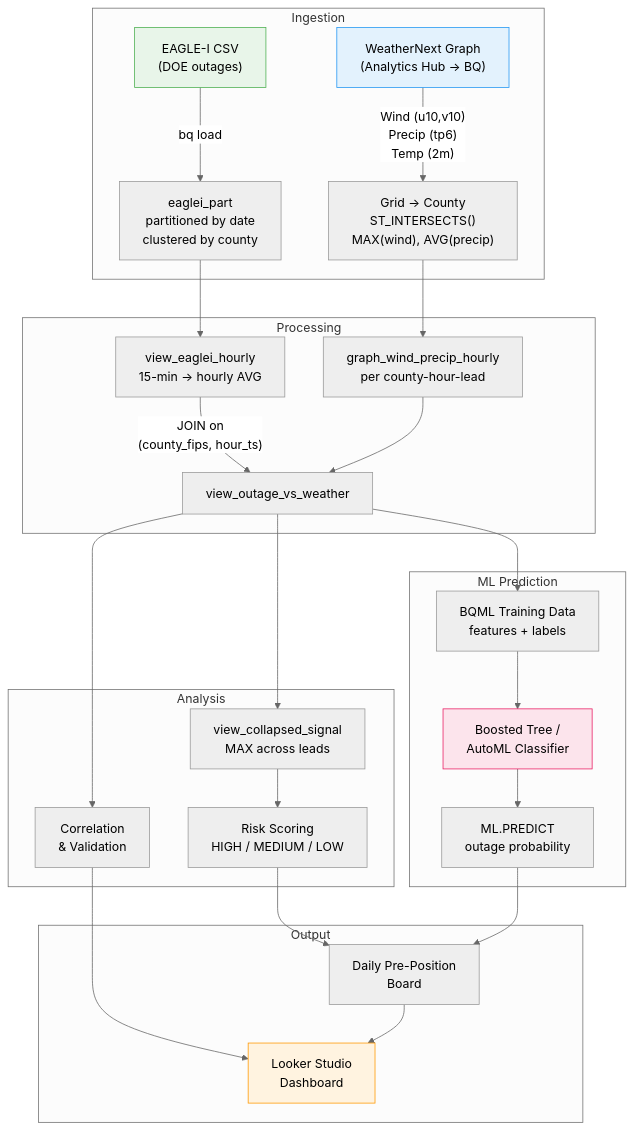
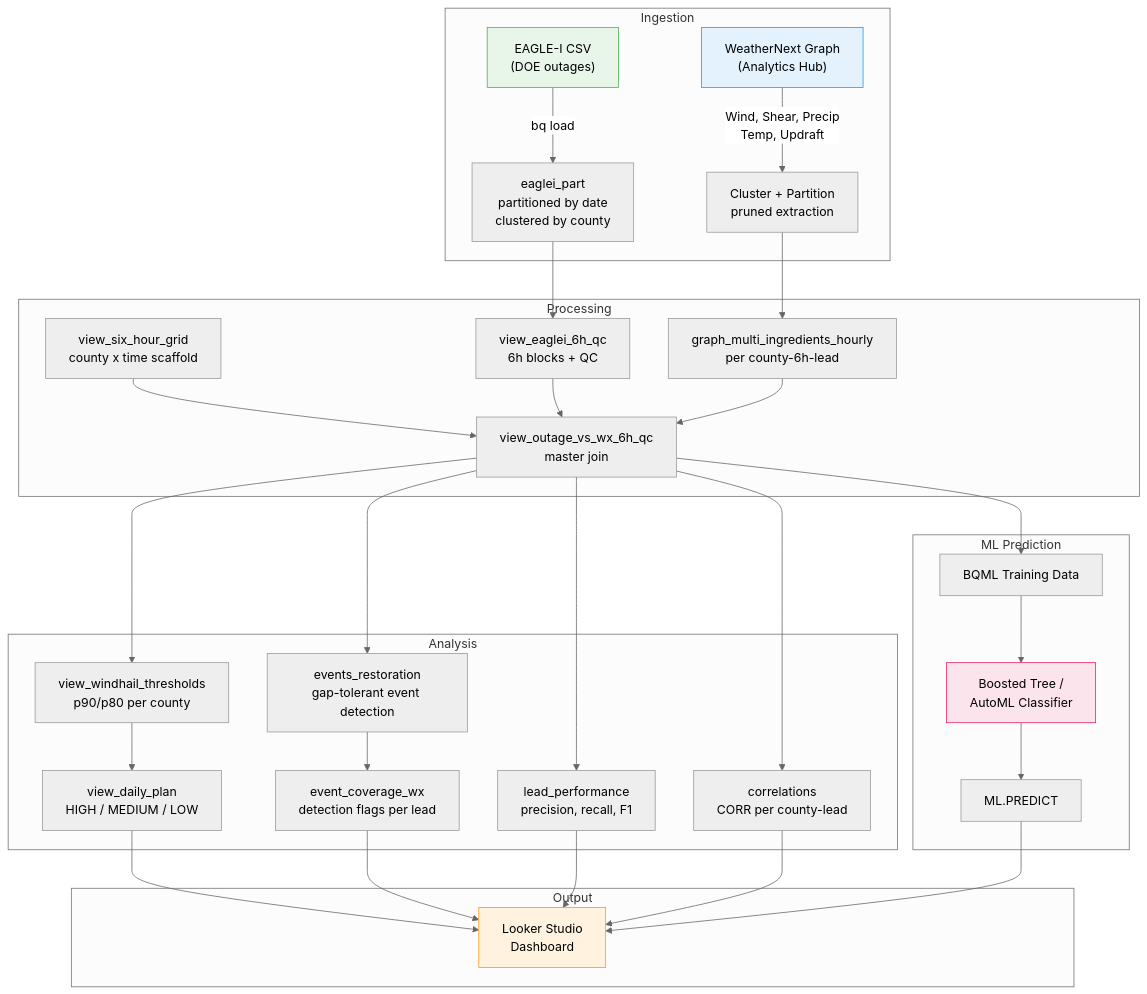
Before and after one commit to biplovbhandari/weathernext-outage-forecasting: the diagram in README.md, drawn with Mermaid (neutral theme). The commit also changed other lines of this file and 22 other files, not shown here.

````diff
--- a/README.md
+++ b/README.md
@@ -24,38 +24,43 @@
 ```mermaid
 graph TD
     subgraph Ingestion
         A["EAGLE-I CSV<br/>(DOE outages)"] -->|bq load| B["eaglei_part<br/>partitioned by date<br/>clustered by county"]
-        C["WeatherNext Graph<br/>(Analytics Hub → BQ)"] -->|"Wind (u10,v10)<br/>Precip (tp6)<br/>Temp (2m)"| D["Grid → County<br/>ST_INTERSECTS()<br/>MAX(wind), AVG(precip)"]
+        C["WeatherNext Graph<br/>(Analytics Hub)"] -->|"Wind, Shear, Precip<br/>Temp, Updraft"| D["Cluster + Partition<br/>pruned extraction"]
     end
 
     subgraph Processing
-        B --> E["view_eaglei_hourly<br/>15-min → hourly AVG"]
-        D --> F["graph_wind_precip_hourly<br/>per county-hour-lead"]
-        E -->|"JOIN on<br/>(county_fips, hour_ts)"| G["view_outage_vs_weather"]
-        F --> G
+        B --> E["view_eaglei_6h_qc<br/>6h blocks + QC"]
+        D --> F["graph_multi_ingredients_hourly<br/>per county-6h-lead"]
+        G["view_six_hour_grid<br/>county x time scaffold"] --> H
+        E --> H["view_outage_vs_wx_6h_qc<br/>master join"]
+        F --> H
     end
 
     subgraph Analysis
-        G --> H["Correlation<br/>& Validation"]
-        G --> I["view_collapsed_signal<br/>MAX across leads"]
-        I --> J["Risk Scoring<br/>HIGH / MEDIUM / LOW"]
+        H --> I["events_restoration<br/>gap-tolerant event detection"]
+        H --> J["view_windhail_thresholds<br/>p90/p80 per county"]
+        I --> K["event_coverage_wx<br/>detection flags per lead"]
+        J --> L["view_daily_plan<br/>HIGH / MEDIUM / LOW"]
+        H --> M["lead_performance<br/>precision, recall, F1"]
+        H --> N["correlations<br/>CORR per county-lead"]
     end
 
     subgraph ML["ML Prediction"]
-        G --> M["BQML Training Data<br/>features + labels"]
-        M --> N["Boosted Tree /<br/>AutoML Classifier"]
-        N --> O["ML.PREDICT<br/>outage probability"]
+        H --> O["BQML Training Data"]
+        O --> P["Boosted Tree /<br/>AutoML Classifier"]
+        P --> Q["ML.PREDICT"]
     end
 
     subgraph Output
-        J --> K["Daily Pre-Position<br/>Board"]
-        O --> K
-        K --> L["Looker Studio<br/>Dashboard"]
-        H --> L
+        L --> R["Looker Studio<br/>Dashboard"]
+        K --> R
+        M --> R
+        N --> R
+        Q --> R
     end
 
     style A fill:#e8f5e9,stroke:#4caf50
     style C fill:#e3f2fd,stroke:#2196f3
-    style N fill:#fce4ec,stroke:#e91e63
-    style L fill:#fff3e0,stroke:#ff9800
+    style P fill:#fce4ec,stroke:#e91e63
+    style R fill:#fff3e0,stroke:#ff9800
 ```
````
